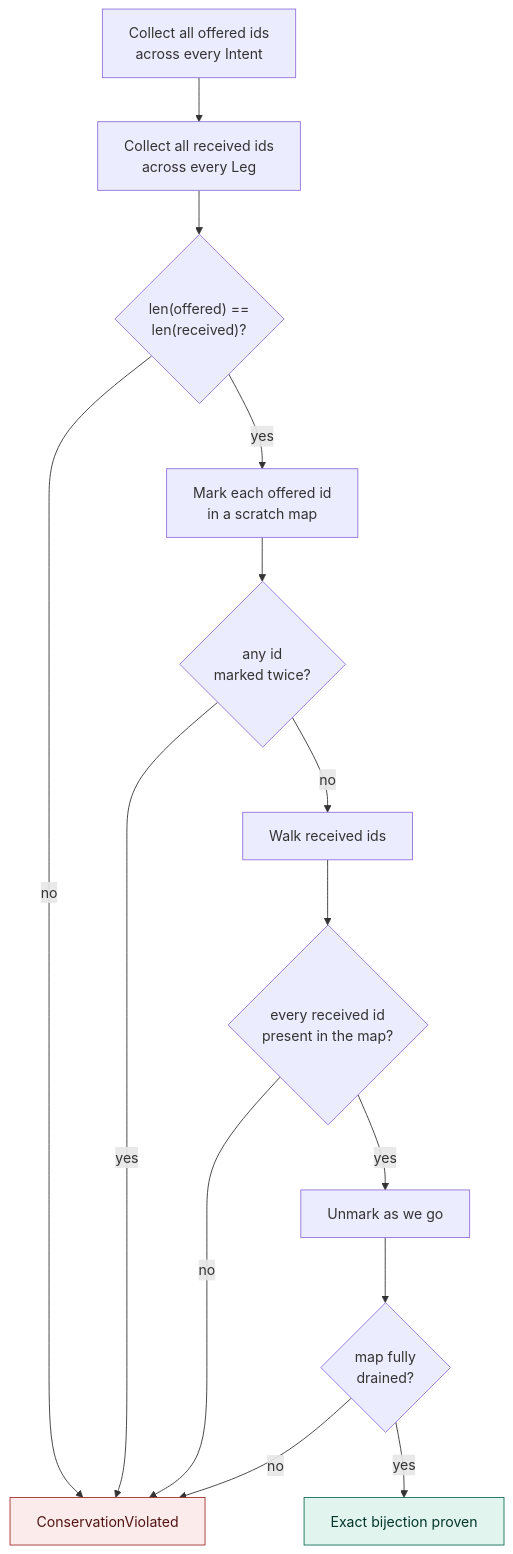
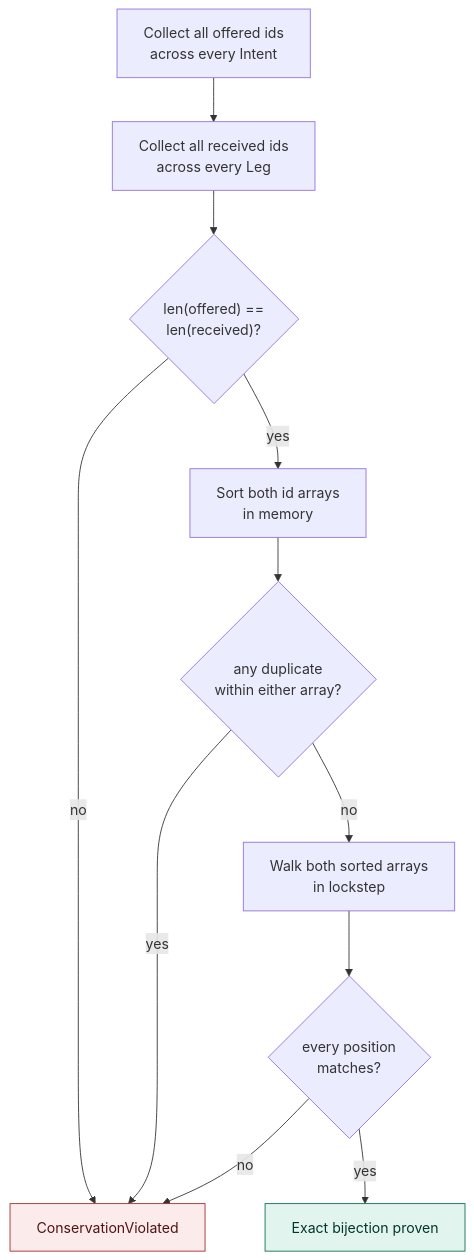
Before and after one commit to angelphoon7/online2026: diagram 17 of 26 in README.md, drawn with Mermaid. The commit also changed other lines of this file and 6 other files, not shown here.

````diff
--- a/README.md
+++ b/README.md
@@ -501,21 +533,18 @@
 ```mermaid
 flowchart TB
     A["Collect all offered ids<br/>across every Intent"] --> B["Collect all received ids<br/>across every Leg"]
     B --> C{"len(offered) ==<br/>len(received)?"}
     C -->|"no"| X["ConservationViolated"]
-    C -->|"yes"| D["Mark each offered id<br/>in a scratch map"]
-    D --> E{"any id<br/>marked twice?"}
+    C -->|"yes"| D["Sort both id arrays<br/>in memory"]
+    D --> E{"any duplicate<br/>within either array?"}
     E -->|"yes"| X
-    E -->|"no"| F["Walk received ids"]
-    F --> G{"every received id<br/>present in the map?"}
+    E -->|"no"| F["Walk both sorted arrays<br/>in lockstep"]
+    F --> G{"every position<br/>matches?"}
     G -->|"no"| X
-    G -->|"yes"| H["Unmark as we go"]
-    H --> I{"map fully<br/>drained?"}
-    I -->|"no"| X
-    I -->|"yes"| J["Exact bijection proven"]
+    G -->|"yes"| J["Exact bijection proven"]
 
     classDef ok fill:#E1F5EE,stroke:#0F6E56,stroke-width:1px,color:#04342C
     classDef bad fill:#FCEBEB,stroke:#A32D2D,stroke-width:1px,color:#501313
     class J ok
     class X bad
 ```
````
